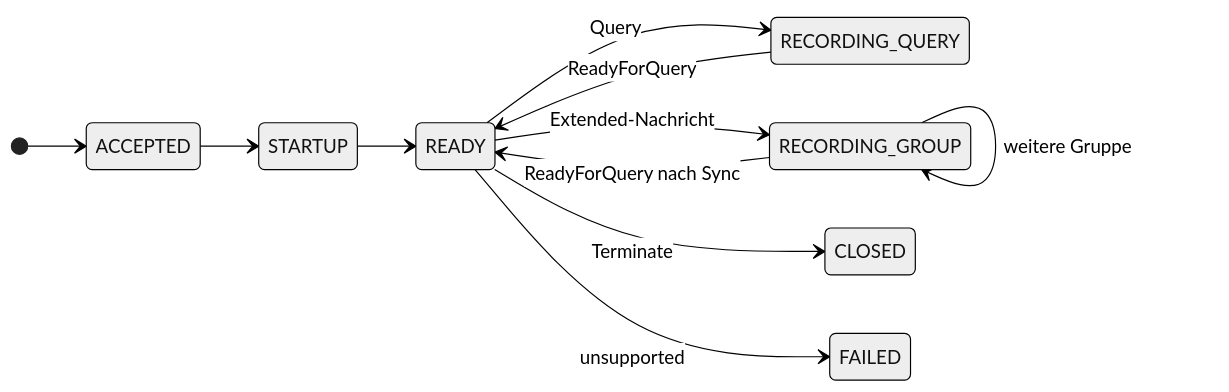
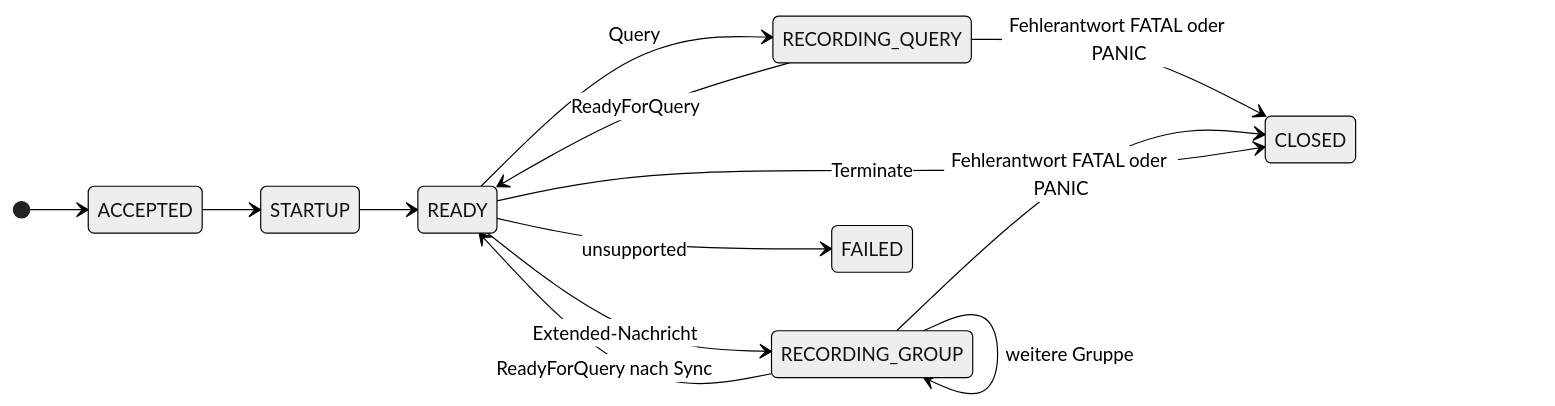
Before and after one commit to pt9912/pgwire-recorder: the seventh of 8 diagrams in spec/architecture.md, drawn with Mermaid (neutral theme). The commit also changed other lines of this file and 1 other file, not shown here.

````diff
--- a/spec/architecture.md
+++ b/spec/architecture.md
@@ -447,14 +456,16 @@
 ```mermaid
 stateDiagram-v2
     direction LR
     [*] --> ACCEPTED
     ACCEPTED --> STARTUP
     STARTUP --> READY
     READY --> RECORDING_QUERY: Query
     RECORDING_QUERY --> READY: ReadyForQuery
+    RECORDING_QUERY --> CLOSED: Fehlerantwort FATAL oder PANIC
     READY --> RECORDING_GROUP: Extended-Nachricht
     RECORDING_GROUP --> RECORDING_GROUP: weitere Gruppe
     RECORDING_GROUP --> READY: ReadyForQuery nach Sync
+    RECORDING_GROUP --> CLOSED: Fehlerantwort FATAL oder PANIC
     READY --> CLOSED: Terminate
     READY --> FAILED: unsupported
 ```
````
